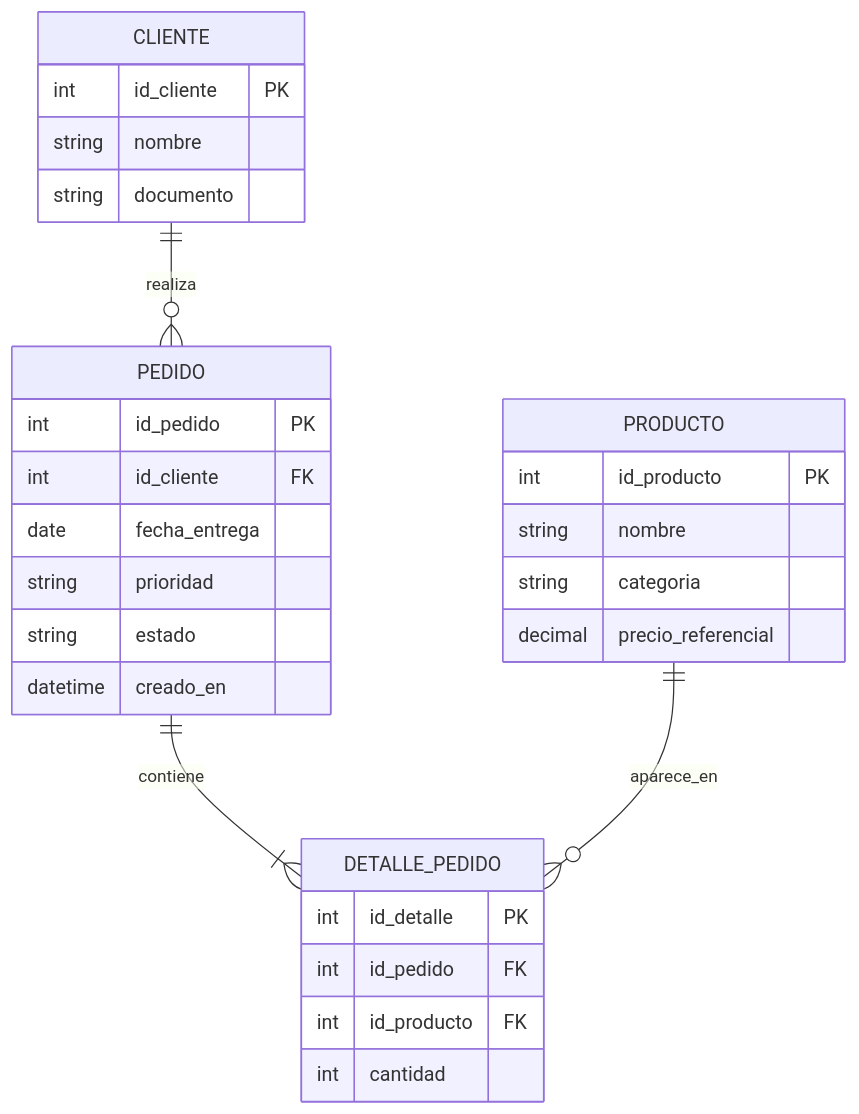
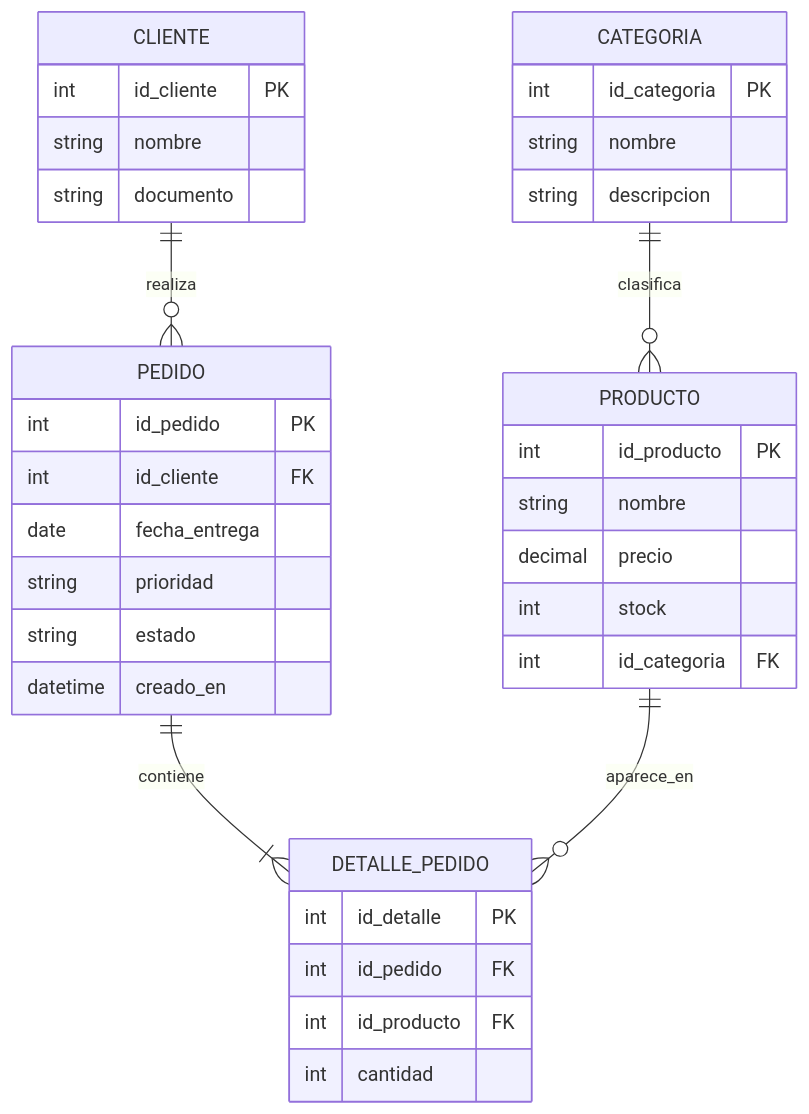
Before and after one commit to 262ciclo3/bomstart: the diagram in docs/proyecto-integrador/u2/bd1-producto.md, drawn with Mermaid. The commit also changed other lines of this file and 14 other files, not shown here.

````diff
--- a/docs/proyecto-integrador/u2/bd1-producto.md
+++ b/docs/proyecto-integrador/u2/bd1-producto.md
@@ -19,35 +19,43 @@
 ```mermaid
 erDiagram
     CLIENTE ||--o{ PEDIDO : realiza
     PEDIDO ||--|{ DETALLE_PEDIDO : contiene
     PRODUCTO ||--o{ DETALLE_PEDIDO : aparece_en
+    CATEGORIA ||--o{ PRODUCTO : clasifica
 
     CLIENTE {
         int id_cliente PK
         string nombre
         string documento
     }
 
     PRODUCTO {
         int id_producto PK
         string nombre
-        string categoria
-        decimal precio_referencial
+        decimal precio
+        int stock
+        int id_categoria FK
+    }
+
+    CATEGORIA {
+        int id_categoria PK
+        string nombre
+        string descripcion
     }
 
     PEDIDO {
         int id_pedido PK
         int id_cliente FK
         date fecha_entrega
         string prioridad
         string estado
         datetime creado_en
     }
 
     DETALLE_PEDIDO {
         int id_detalle PK
         int id_pedido FK
         int id_producto FK
         int cantidad
     }
 ```
````
